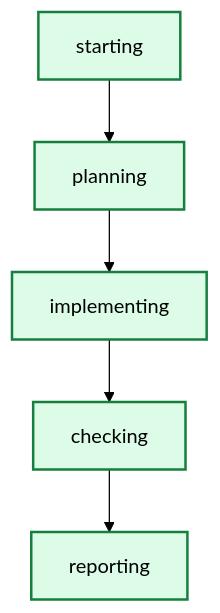
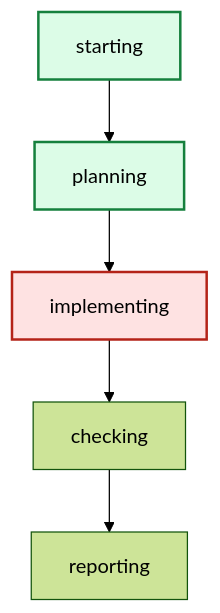
Before and after one commit to daniell0gda/hermes-feature-check-dashboard: the diagram in latest/graph.mmd, drawn with Mermaid (forest theme). The commit also changed 51 other files, not shown here.

```diff
--- a/latest/graph.mmd
+++ b/latest/graph.mmd
@@ -1,14 +1,12 @@
 graph TD
     starting --> planning
     planning --> implementing
     implementing --> checking
     checking --> reporting
 
 classDef done fill:#dcfce7,stroke:#15803d,stroke-width:2px;
 classDef active fill:#dbeafe,stroke:#2563eb,stroke-width:3px;
 classDef failed fill:#fee2e2,stroke:#b42318,stroke-width:2px;
-class implementing done;
-class checking done;
+class planning done;
+class implementing failed;
 class starting done;
-class reporting done;
-class planning done;
```
